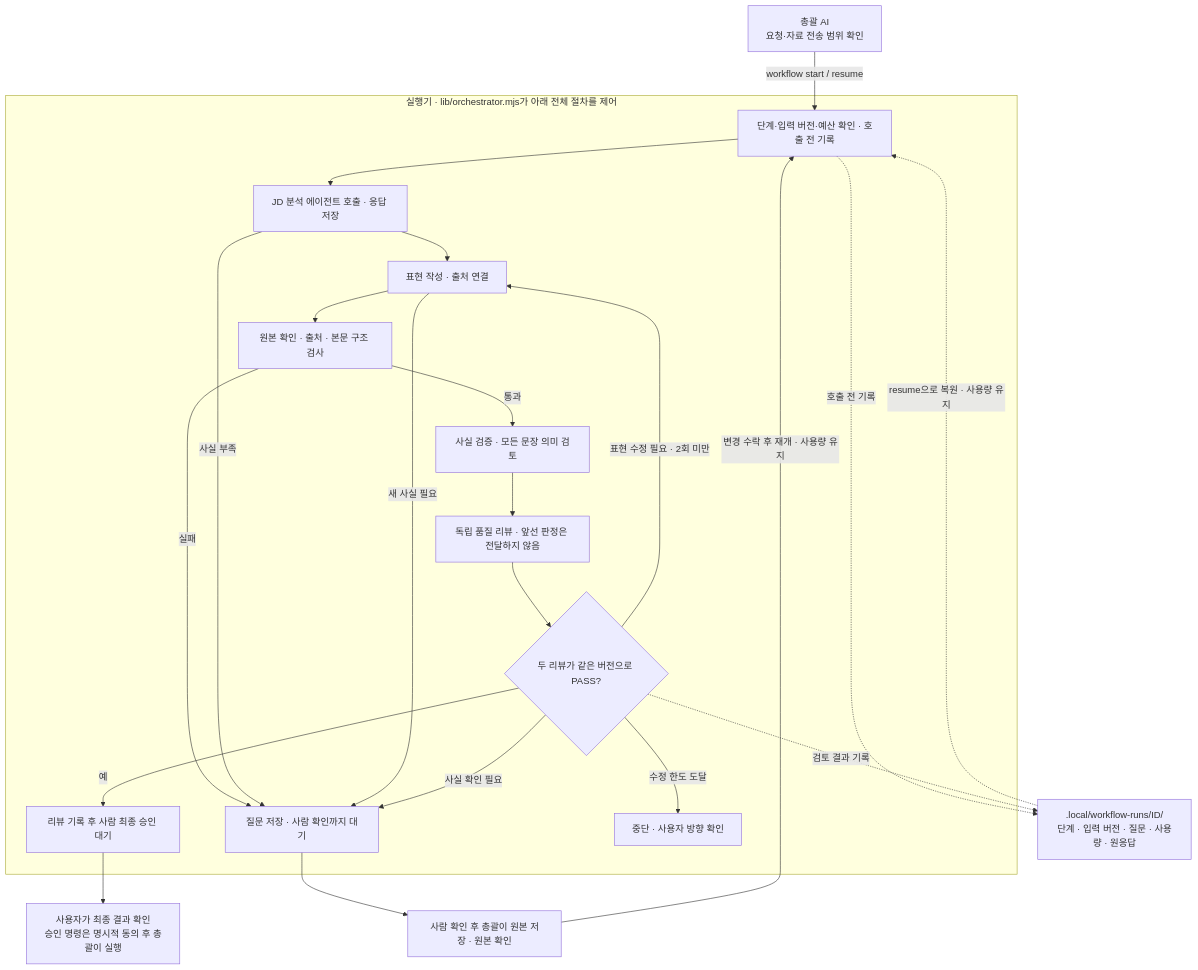
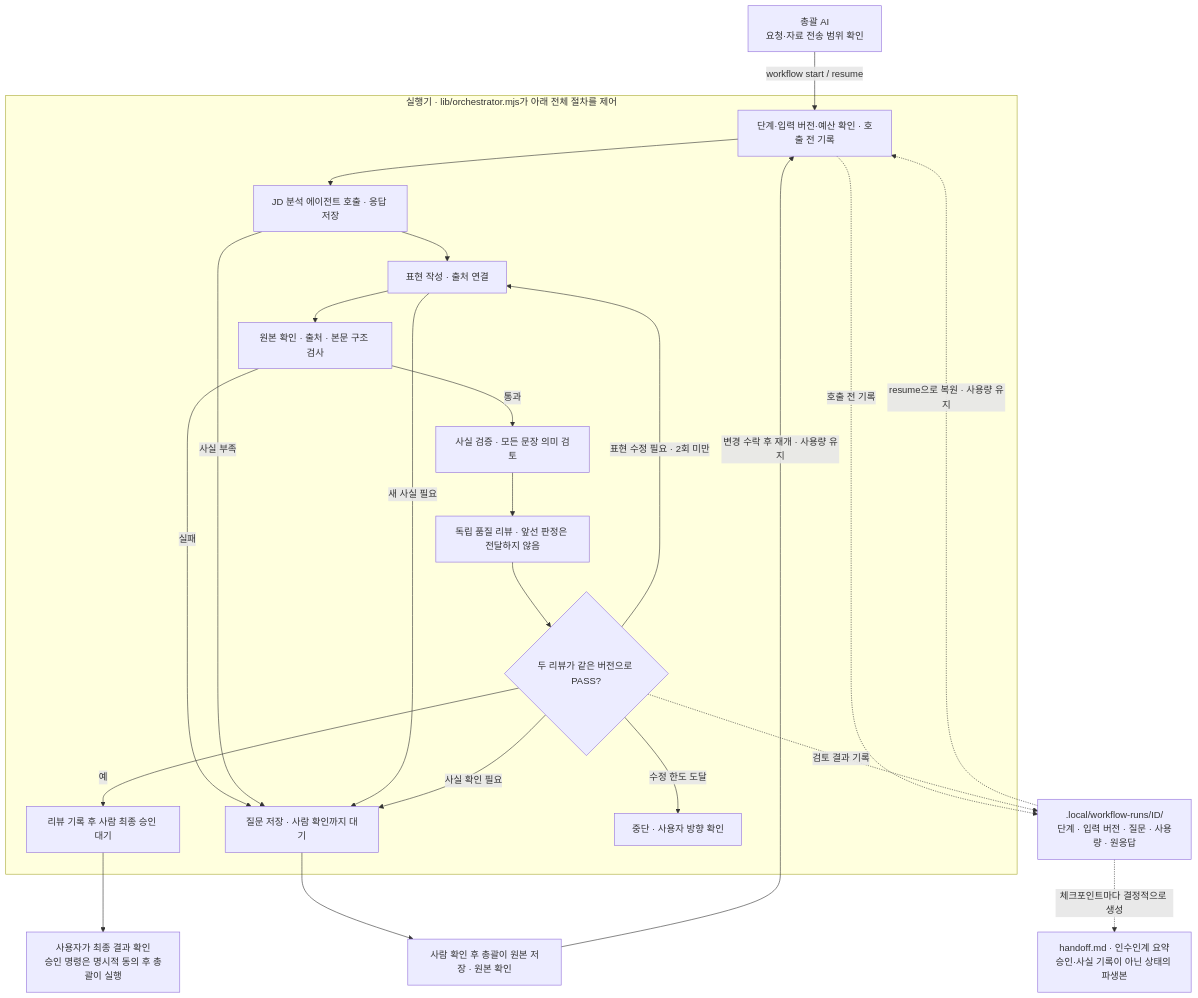
One commit to doveloper17/career-hub changed the diagram in docs/EXECUTOR.md. Above: the diagram before and after it, drawn with Mermaid. The commit also changed other lines of this file and 17 other files, not shown here.

````diff
--- a/docs/EXECUTOR.md
+++ b/docs/EXECUTOR.md
@@ -7,25 +7,26 @@
 ```mermaid
 flowchart TD
     coordinator["총괄 AI<br/>요청·자료 전송 범위 확인"] -- "workflow start / resume" --> start
     subgraph executor["실행기 · lib/orchestrator.mjs가 아래 전체 절차를 제어"]
     start["단계·입력 버전·예산 확인 · 호출 전 기록"] --> analysis["JD 분석 에이전트 호출 · 응답 저장"]
     analysis --> writer["표현 작성 · 출처 연결"]
     writer --> structure["원본 확인 · 출처 · 본문 구조 검사"]
     structure -- "통과" --> verifier["사실 검증 · 모든 문장 의미 검토"]
     structure -- "실패" --> human
     verifier --> coach["독립 품질 리뷰 · 앞선 판정은 전달하지 않음"]
     coach --> gate{"두 리뷰가 같은 버전으로 PASS?"}
     gate -- "예" --> final["리뷰 기록 후 사람 최종 승인 대기"]
     gate -- "표현 수정 필요 · 2회 미만" --> writer
     analysis -- "사실 부족" --> human["질문 저장 · 사람 확인까지 대기"]
     writer -- "새 사실 필요" --> human
     gate -- "사실 확인 필요" --> human
     gate -- "수정 한도 도달" --> stop["중단 · 사용자 방향 확인"]
     end
     human --> source["사람 확인 후 총괄이 원본 저장 · 원본 확인"]
     source -- "변경 수락 후 재개 · 사용량 유지" --> start
     start -. "호출 전 기록" .-> state[".local/workflow-runs/ID/<br/>단계 · 입력 버전 · 질문 · 사용량 · 원응답"]
     gate -. "검토 결과 기록" .-> state
     state -. "resume으로 복원 · 사용량 유지" .-> start
+    state -. "체크포인트마다 결정적으로 생성" .-> handoff["handoff.md · 인수인계 요약<br/>승인·사실 기록이 아닌 상태의 파생본"]
     final --> person["사용자가 최종 결과 확인<br/>승인 명령은 명시적 동의 후 총괄이 실행"]
 ```
````
